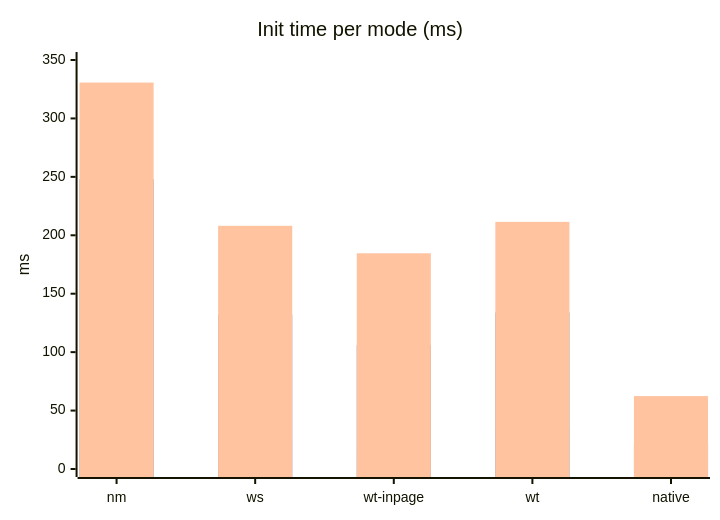
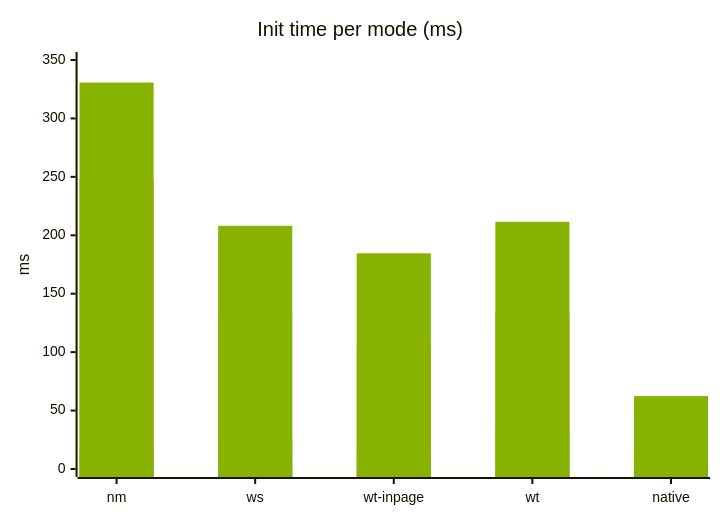
Before and after one commit to K4zoku/FF-WebHID: the first of 6 diagrams in docs/BENCHMARK.md, drawn with Mermaid. The commit also changed other lines of this file, not shown here.

````diff
--- a/docs/BENCHMARK.md
+++ b/docs/BENCHMARK.md
@@ -119,9 +119,15 @@
 ```mermaid
+---
+config:
+  themeVariables:
+    xyChart:
+      plotColorPalette: '#55b4d4, #fa8532, #86b300'
+---
 xychart
     title "Init time per mode (ms)"
     x-axis [nm, ws, wt-inpage, wt, native]
     y-axis "ms" 0 --> 350
     bar "open" [15.9, 25.6, 13.2, 34.5, 5.2]
     bar "warmup" [248.0, 132.0, 106.0, 134.0, 21.0]
     bar "total" [330.7, 208.1, 184.6, 211.5, 62.4]
 ```
````
